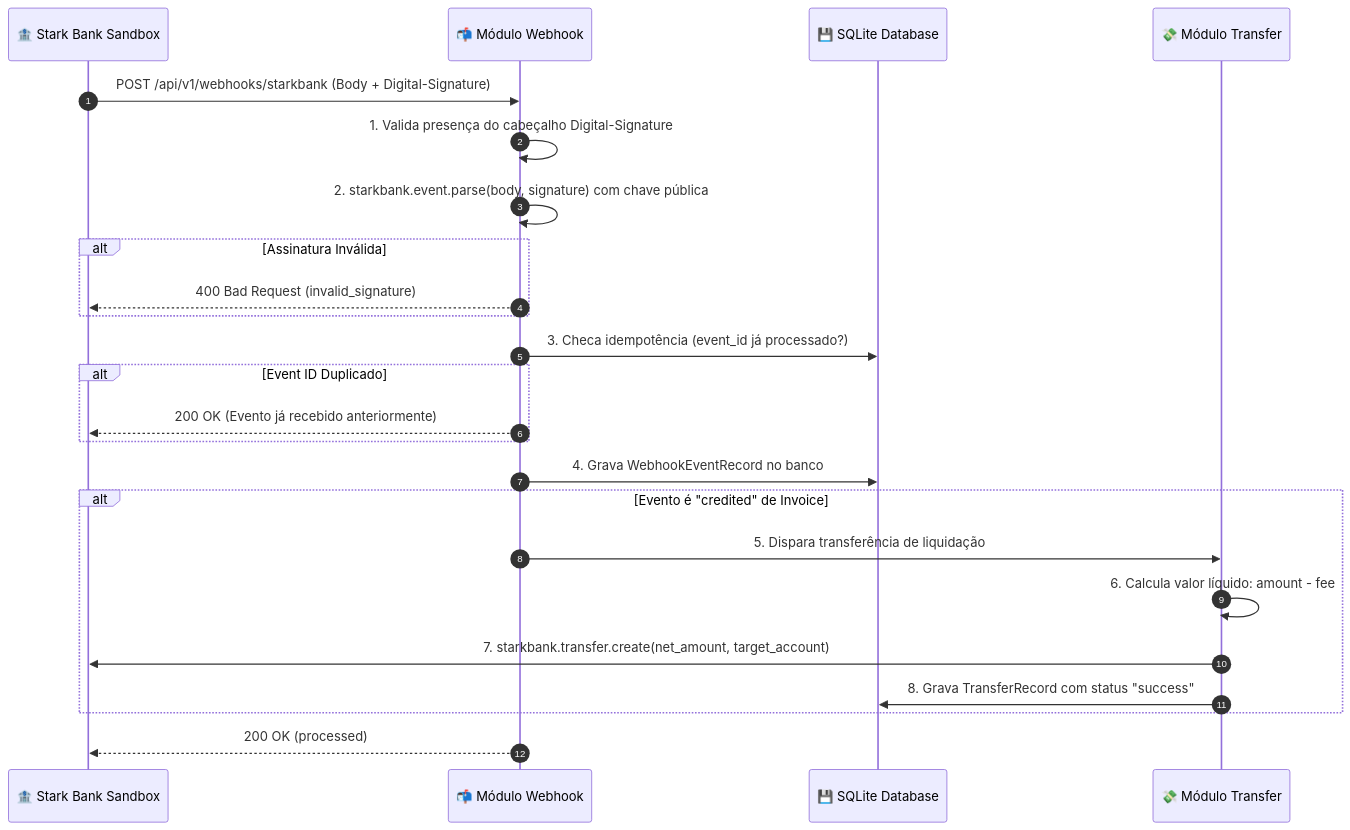
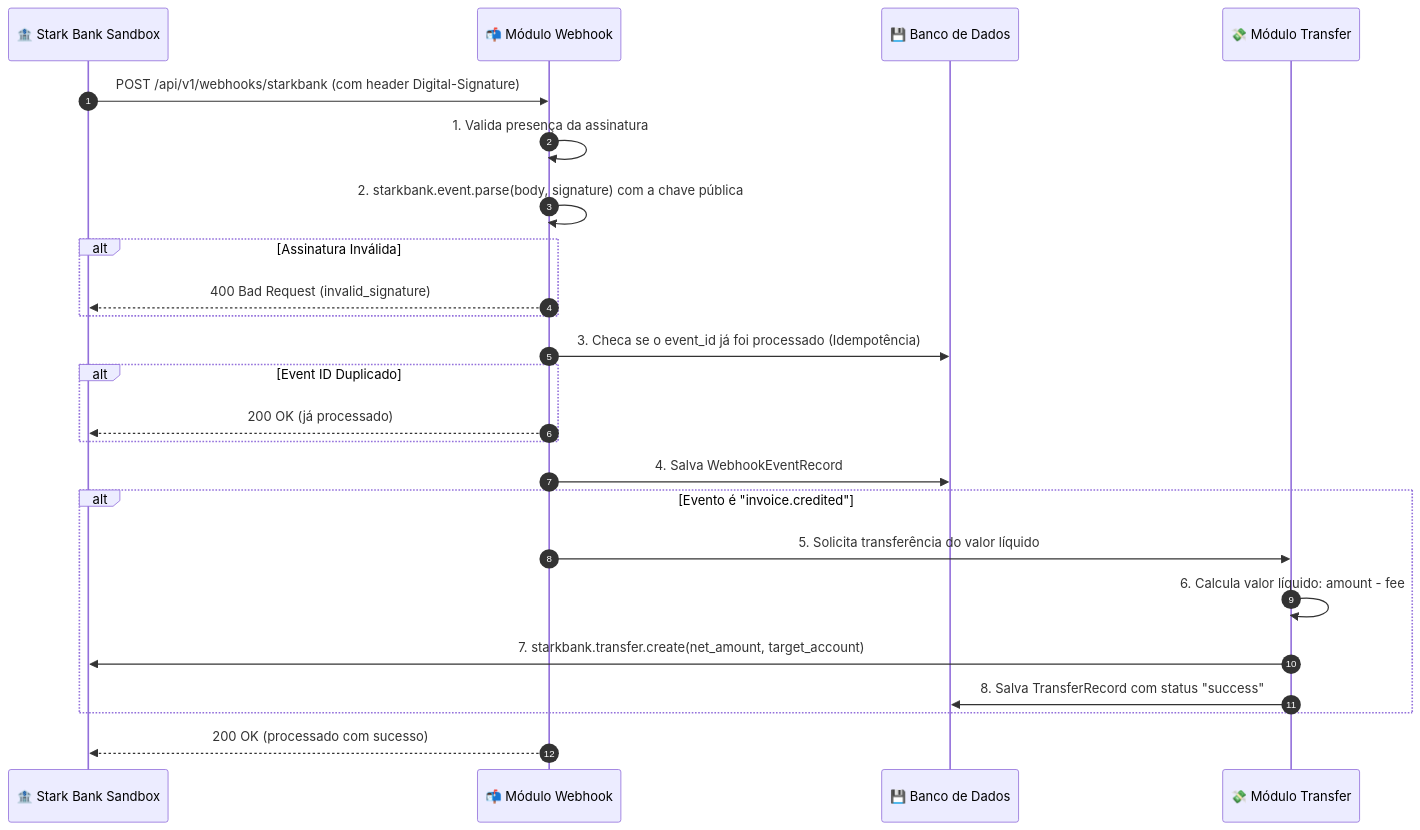
The second of 2 diagrams in docs/business-rules.md (JhonatanRian/webhook-payment), drawn with Mermaid before and after one commit. The commit also changed other lines of this file and 12 other files, not shown here.

````diff
--- a/docs/business-rules.md
+++ b/docs/business-rules.md
@@ -60,27 +60,27 @@
 ```mermaid
 sequenceDiagram
     autonumber
     participant SB as 🏦 Stark Bank Sandbox
     participant WH as 📬 Módulo Webhook
-    participant DB as 💾 SQLite Database
+    participant DB as 💾 Banco de Dados
     participant TR as 💸 Módulo Transfer
 
-    SB->>WH: POST /api/v1/webhooks/starkbank (Body + Digital-Signature)
-    WH->>WH: 1. Valida presença do cabeçalho Digital-Signature
-    WH->>WH: 2. starkbank.event.parse(body, signature) com chave pública
+    SB->>WH: POST /api/v1/webhooks/starkbank (com header Digital-Signature)
+    WH->>WH: 1. Valida presença da assinatura
+    WH->>WH: 2. starkbank.event.parse(body, signature) com a chave pública
     alt Assinatura Inválida
         WH-->>SB: 400 Bad Request (invalid_signature)
     end
-    WH->>DB: 3. Checa idempotência (event_id já processado?)
+    WH->>DB: 3. Checa se o event_id já foi processado (Idempotência)
     alt Event ID Duplicado
-        WH-->>SB: 200 OK (Evento já recebido anteriormente)
+        WH-->>SB: 200 OK (já processado)
     end
-    WH->>DB: 4. Grava WebhookEventRecord no banco
-    alt Evento é "credited" de Invoice
-        WH->>TR: 5. Dispara transferência de liquidação
+    WH->>DB: 4. Salva WebhookEventRecord
+    alt Evento é "invoice.credited"
+        WH->>TR: 5. Solicita transferência do valor líquido
         TR->>TR: 6. Calcula valor líquido: amount - fee
         TR->>SB: 7. starkbank.transfer.create(net_amount, target_account)
-        TR->>DB: 8. Grava TransferRecord com status "success"
+        TR->>DB: 8. Salva TransferRecord com status "success"
     end
-    WH-->>SB: 200 OK (processed)
+    WH-->>SB: 200 OK (processado com sucesso)
 ```
````
